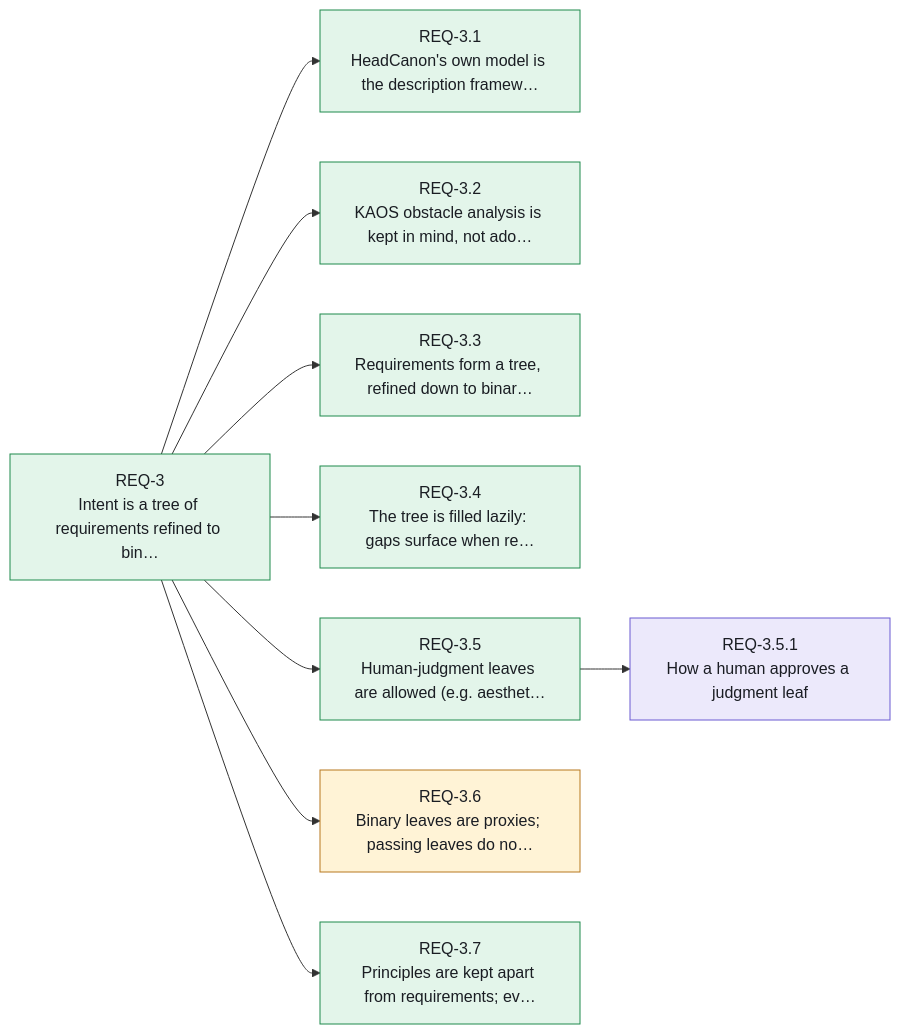
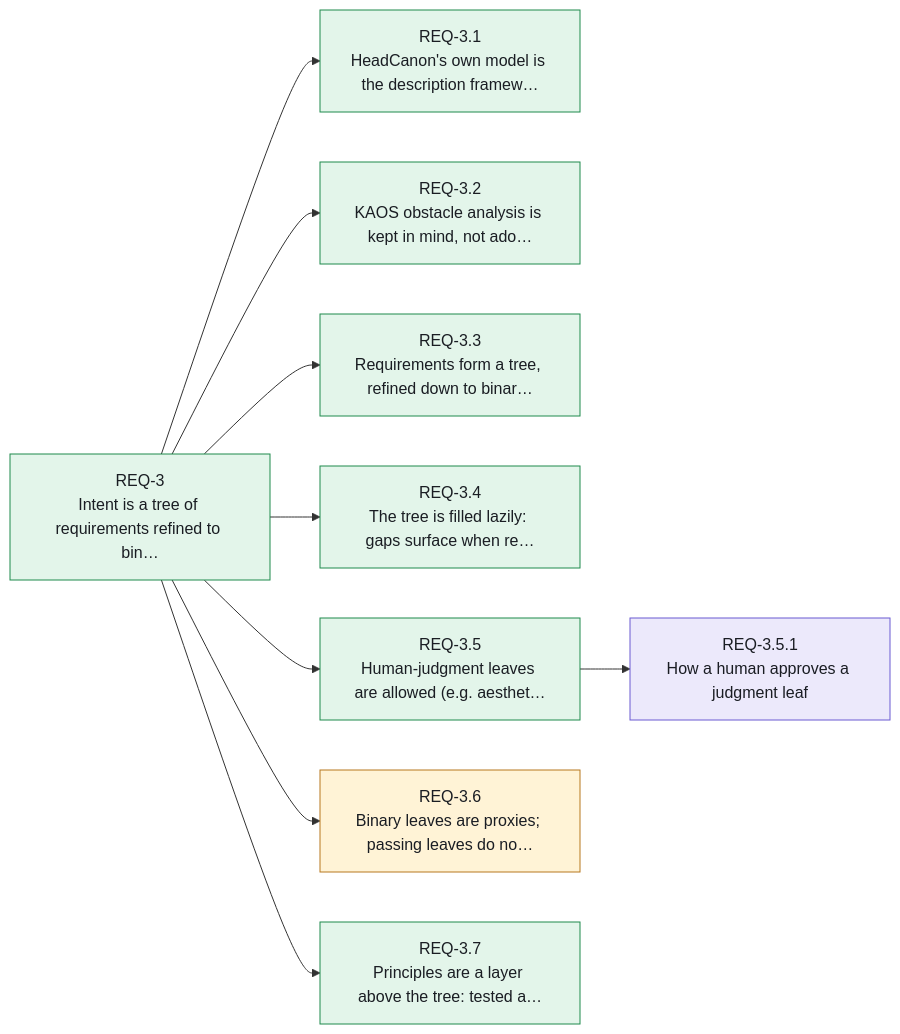
The fourth of 14 diagrams in canon/INDEX.md (Althis/headcanon), drawn with Mermaid before and after one commit. The commit also changed other lines of this file and 6 other files, not shown here.

First line of the commit message:
feat(canon): principles are a layer tested against requirements by a model judge

````diff
--- a/canon/INDEX.md
+++ b/canon/INDEX.md
@@ -251,25 +253,25 @@
 ```mermaid
 flowchart LR
     REQ_3["REQ-3<br/>Intent is a tree of requirements refined to bin…"]:::stated
     REQ_3_1["REQ-3.1<br/>HeadCanon's own model is the description framew…"]:::stated
     REQ_3_2["REQ-3.2<br/>KAOS obstacle analysis is kept in mind, not ado…"]:::stated
     REQ_3_3["REQ-3.3<br/>Requirements form a tree, refined down to binar…"]:::stated
     REQ_3_4["REQ-3.4<br/>The tree is filled lazily: gaps surface when re…"]:::stated
     REQ_3_5["REQ-3.5<br/>Human-judgment leaves are allowed (e.g. aesthet…"]:::stated
     REQ_3_5_1["REQ-3.5.1<br/>How a human approves a judgment leaf"]:::open
     REQ_3_6["REQ-3.6<br/>Binary leaves are proxies; passing leaves do no…"]:::assumed
-    REQ_3_7["REQ-3.7<br/>Principles are kept apart from requirements; ev…"]:::stated
+    REQ_3_7["REQ-3.7<br/>Principles are a layer above the tree: tested a…"]:::stated
     REQ_3 --> REQ_3_1
     REQ_3 --> REQ_3_2
     REQ_3 --> REQ_3_3
     REQ_3 --> REQ_3_4
     REQ_3 --> REQ_3_5
     REQ_3_5 --> REQ_3_5_1
     REQ_3 --> REQ_3_6
     REQ_3 --> REQ_3_7
     classDef stated fill:#e3f5ea,stroke:#1f8a4c,color:#1a1d23
     classDef resolved fill:#e8efff,stroke:#2563eb,color:#1a1d23
     classDef assumed fill:#fff3d6,stroke:#b7791f,color:#1a1d23
     classDef open fill:#ece9fb,stroke:#6b5bd2,color:#1a1d23
     classDef contested fill:#fde7e8,stroke:#d13438,color:#1a1d23
 ```
````
